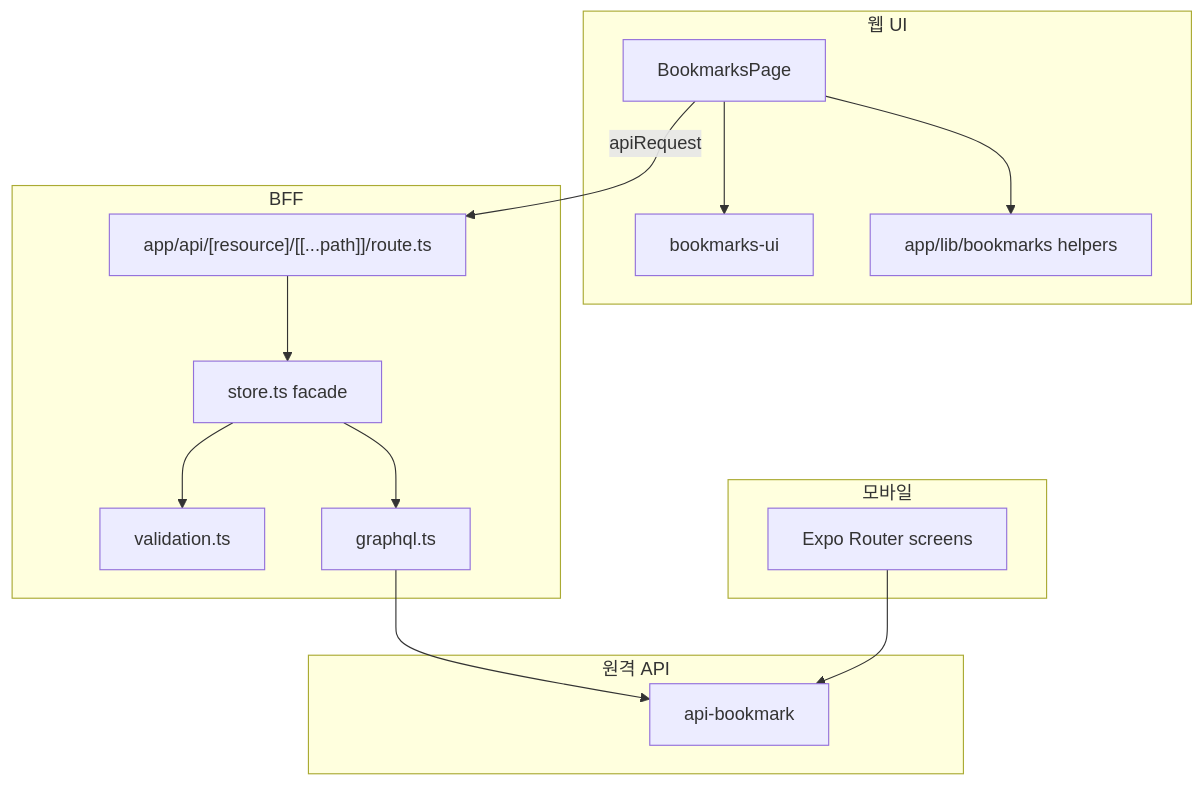
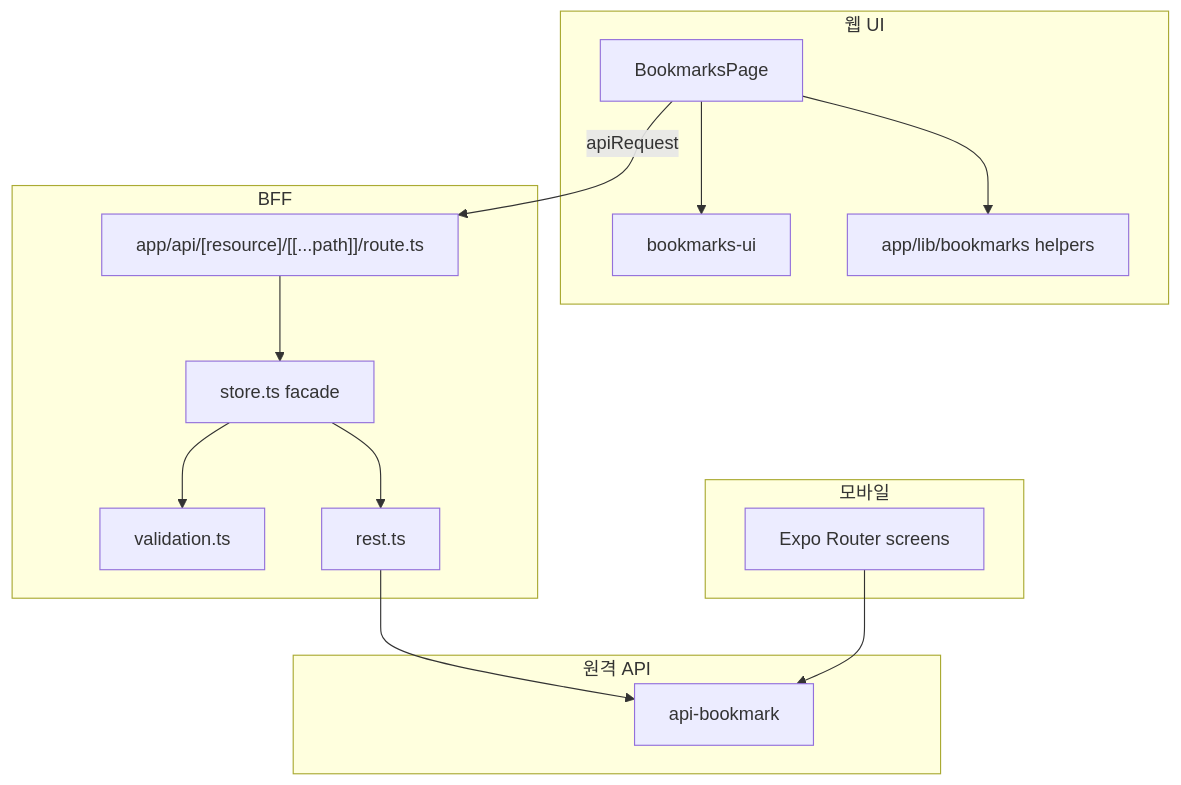
One commit to idghst/bookmark changed the second of 2 diagrams in docs/graphify/README.md. Above: the diagram before and after it, drawn with Mermaid. The commit also changed other lines of this file and 11 other files, not shown here.

Commit message:
제거된 GraphQL 대신 REST로 BFF 연결을 복구한다.

````diff
--- a/docs/graphify/README.md
+++ b/docs/graphify/README.md
@@ -48,28 +48,28 @@
 ```mermaid
 flowchart TB
   subgraph webUI [웹 UI]
     Page["BookmarksPage"]
     Cards["bookmarks-ui"]
     Lib["app/lib/bookmarks helpers"]
   end
   subgraph bff [BFF]
     Routes["app/api/[resource]/[[...path]]/route.ts"]
     Store["store.ts facade"]
     Val[validation.ts]
-    GQL[graphql.ts]
+    REST[rest.ts]
   end
   subgraph api [원격 API]
     Remote["api-bookmark"]
   end
   subgraph mobile [모바일]
     Expo["Expo Router screens"]
   end
   Page --> Cards
   Page --> Lib
   Page -->|"apiRequest"| Routes
   Routes --> Store
   Store --> Val
-  Store --> GQL
-  GQL --> Remote
+  Store --> REST
+  REST --> Remote
   Expo --> Remote
 ```
````
